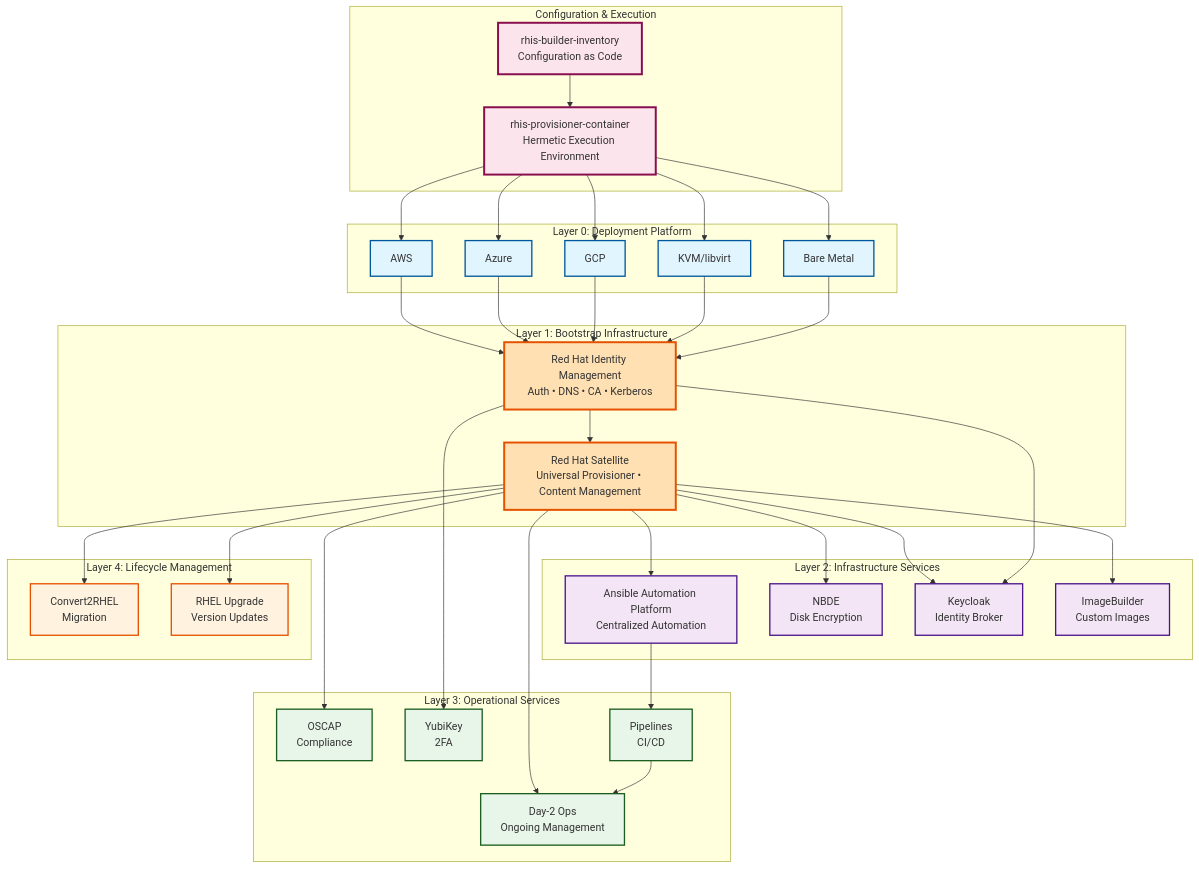
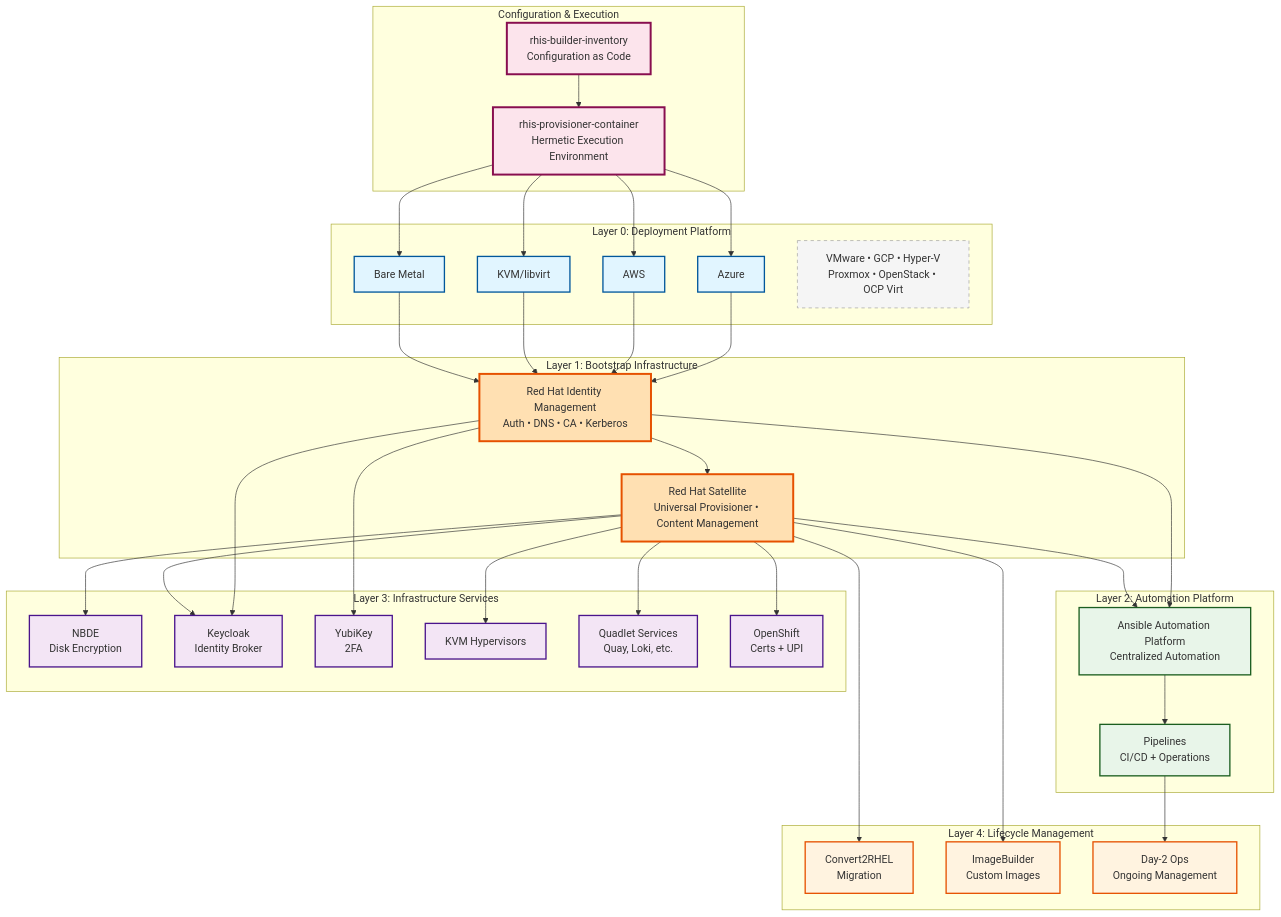
One commit to parmstro/rhis-architecture changed the diagram in diagrams/01-high-level-architecture.md. Above: the diagram before and after it, drawn with Mermaid. The commit also changed other lines of this file and 17 other files, not shown here.

First line of the commit message:
docs: rewrite all architecture documentation from verified ground truth

````diff
--- a/diagrams/01-high-level-architecture.md
+++ b/diagrams/01-high-level-architecture.md
@@ -5,11 +10,11 @@
 ```mermaid
 graph TB
     subgraph "Layer 0: Deployment Platform"
+        BARE[Bare Metal]
+        KVM[KVM/libvirt]
         AWS[AWS]
         AZURE[Azure]
-        GCP[GCP]
-        KVM[KVM/libvirt]
-        BARE[Bare Metal]
+        PLANNED[VMware • GCP • Hyper-V<br/>Proxmox • OpenStack • OCP Virt]
     end
 
     subgraph "Layer 1: Bootstrap Infrastructure"
@@ -17,23 +22,24 @@
         SAT[Red Hat Satellite<br/>Universal Provisioner • Content Management]
     end
 
-    subgraph "Layer 2: Infrastructure Services"
+    subgraph "Layer 2: Automation Platform"
         AAP[Ansible Automation Platform<br/>Centralized Automation]
+        PIPE[Pipelines<br/>CI/CD + Operations]
+    end
+
+    subgraph "Layer 3: Infrastructure Services"
         NBDE[NBDE<br/>Disk Encryption]
         KC[Keycloak<br/>Identity Broker]
-        IB[ImageBuilder<br/>Custom Images]
-    end
-
-    subgraph "Layer 3: Operational Services"
-        OSCAP[OSCAP<br/>Compliance]
         YUBI[YubiKey<br/>2FA]
-        DAY2[Day-2 Ops<br/>Ongoing Management]
-        PIPE[Pipelines<br/>CI/CD]
+        KVM_H[KVM Hypervisors]
+        QUAD[Quadlet Services<br/>Quay, Loki, etc.]
+        OCP[OpenShift<br/>Certs + UPI]
     end
 
     subgraph "Layer 4: Lifecycle Management"
         C2R[Convert2RHEL<br/>Migration]
-        UPG[RHEL Upgrade<br/>Version Updates]
+        IB[ImageBuilder<br/>Custom Images]
+        DAY2[Day-2 Ops<br/>Ongoing Management]
     end
 
     subgraph "Configuration & Execution"
@@ -43,18 +49,16 @@
 
     %% Configuration flow
     INV --> PROV
+    PROV --> BARE
+    PROV --> KVM
     PROV --> AWS
     PROV --> AZURE
-    PROV --> GCP
-    PROV --> KVM
-    PROV --> BARE
 
     %% Bootstrap flow
+    BARE --> IDM
+    KVM --> IDM
     AWS --> IDM
     AZURE --> IDM
-    GCP --> IDM
-    KVM --> IDM
-    BARE --> IDM
     
     IDM --> SAT
 
@@ -62,30 +66,33 @@
     SAT --> AAP
     SAT --> NBDE
     SAT --> KC
+    SAT --> KVM_H
+    SAT --> QUAD
+    SAT --> OCP
+    SAT --> C2R
     SAT --> IB
-    SAT --> OSCAP
-    SAT --> DAY2
-    SAT --> C2R
-    SAT --> UPG
 
     %% Service dependencies
     IDM --> KC
     IDM --> YUBI
+    IDM --> AAP
     AAP --> PIPE
     PIPE --> DAY2
 
     %% Styling
     classDef platform fill:#e1f5ff,stroke:#01579b,stroke-width:2px
+    classDef planned fill:#f5f5f5,stroke:#9e9e9e,stroke-width:1px,stroke-dasharray: 5 5
     classDef bootstrap fill:#ffe0b2,stroke:#e65100,stroke-width:3px
+    classDef automation fill:#e8f5e9,stroke:#1b5e20,stroke-width:2px
     classDef infrastructure fill:#f3e5f5,stroke:#4a148c,stroke-width:2px
-    classDef operational fill:#e8f5e9,stroke:#1b5e20,stroke-width:2px
     classDef lifecycle fill:#fff3e0,stroke:#e65100,stroke-width:2px
     classDef config fill:#fce4ec,stroke:#880e4f,stroke-width:3px
 
-    class AWS,AZURE,GCP,KVM,BARE platform
+    class BARE,KVM,AWS,AZURE platform
+    class PLANNED planned
     class IDM,SAT bootstrap
-    class AAP,NBDE,KC,IB infrastructure
-    class OSCAP,YUBI,DAY2,PIPE operational
-    class C2R,UPG lifecycle
+    class AAP,PIPE automation
+    class NBDE,KC,YUBI,KVM_H,QUAD,OCP infrastructure
+    class C2R,IB,DAY2 lifecycle
     class INV,PROV config
 ```
````
